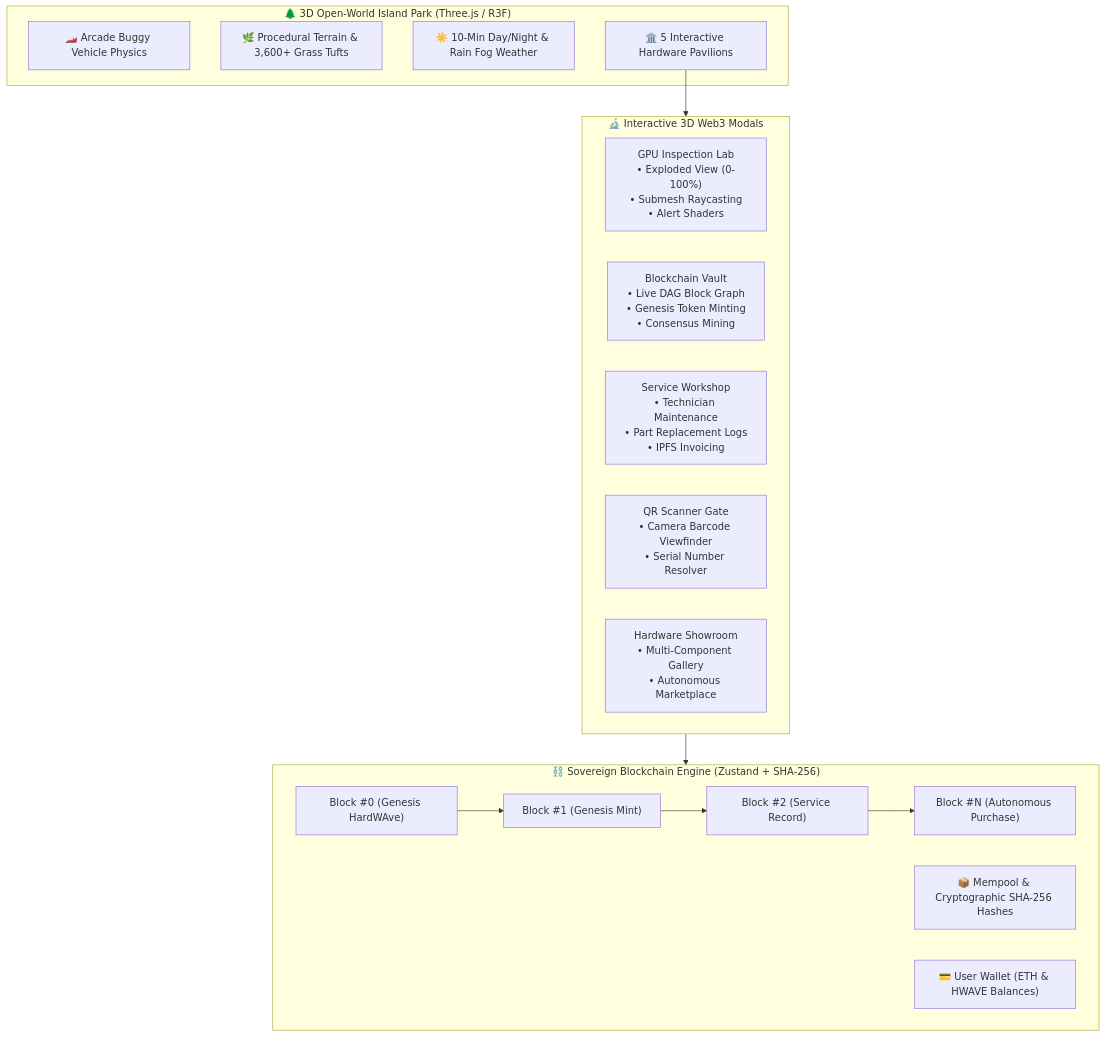
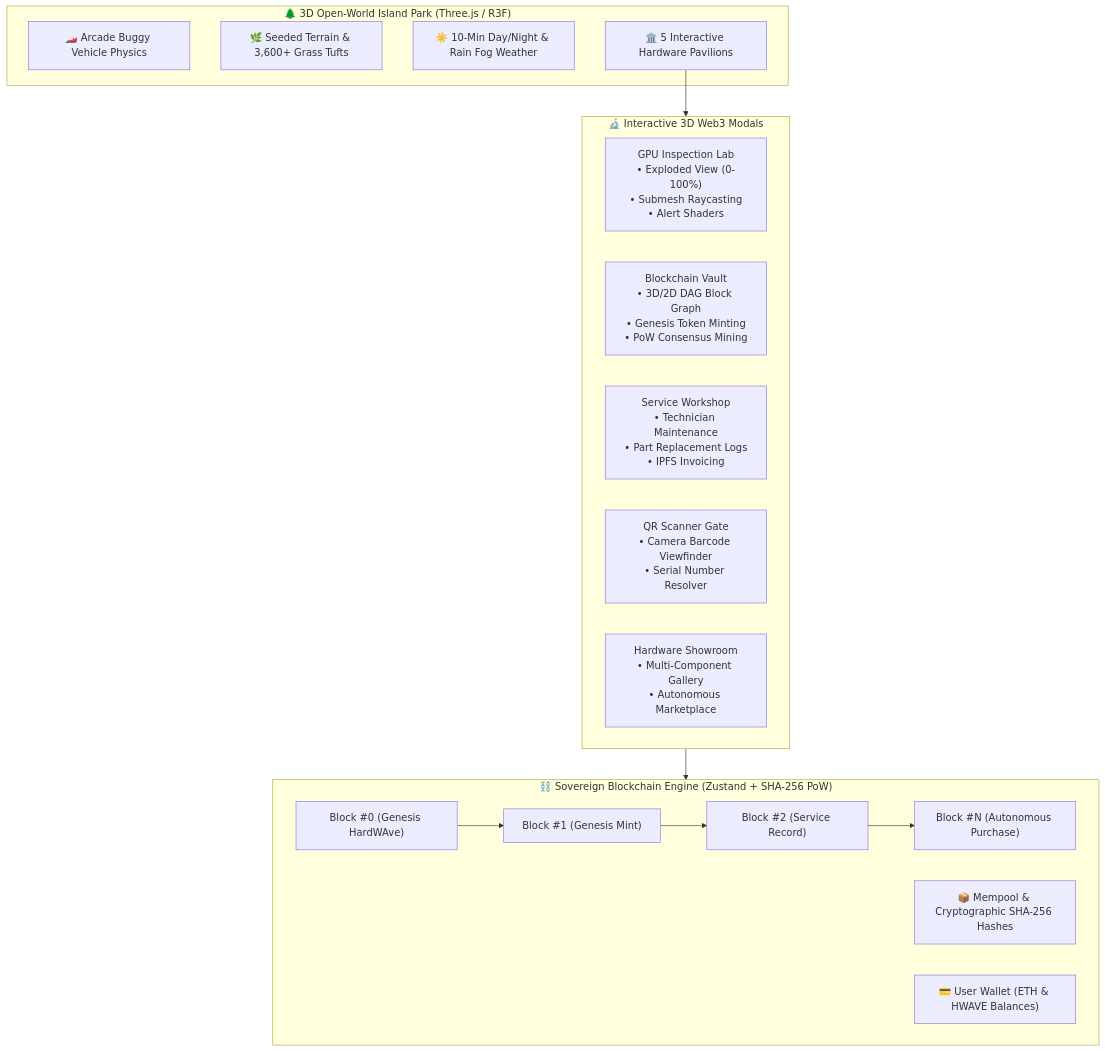
One commit to MrWilsonA/HardWAve changed the diagram in HardWAve.md. Above: the diagram before and after it, drawn with Mermaid. The commit also changed other lines of this file and 37 other files, not shown here.

````diff
--- a/HardWAve.md
+++ b/HardWAve.md
@@ -23,28 +23,28 @@
 ```mermaid
 flowchart TD
     subgraph OpenWorld ["🌲 3D Open-World Island Park (Three.js / R3F)"]
         Buggy["🏎️ Arcade Buggy Vehicle Physics"]
-        Terrain["🌿 Procedural Terrain & 3,600+ Grass Tufts"]
+        Terrain["🌿 Seeded Terrain & 3,600+ Grass Tufts"]
         Sky["☀️ 10-Min Day/Night & Rain Fog Weather"]
         Pavilions["🏛️ 5 Interactive Hardware Pavilions"]
     end
 
     subgraph Modals ["🔬 Interactive 3D Web3 Modals"]
         M1["GPU Inspection Lab\n• Exploded View (0-100%)\n• Submesh Raycasting\n• Alert Shaders"]
-        M2["Blockchain Vault\n• Live DAG Block Graph\n• Genesis Token Minting\n• Consensus Mining"]
+        M2["Blockchain Vault\n• 3D/2D DAG Block Graph\n• Genesis Token Minting\n• PoW Consensus Mining"]
         M3["Service Workshop\n• Technician Maintenance\n• Part Replacement Logs\n• IPFS Invoicing"]
         M4["QR Scanner Gate\n• Camera Barcode Viewfinder\n• Serial Number Resolver"]
         M5["Hardware Showroom\n• Multi-Component Gallery\n• Autonomous Marketplace"]
     end
 
-    subgraph BlockchainEngine ["⛓️ Sovereign Blockchain Engine (Zustand + SHA-256)"]
+    subgraph BlockchainEngine ["⛓️ Sovereign Blockchain Engine (Zustand + SHA-256 PoW)"]
         Block0["Block #0 (Genesis HardWAve)"] --> Block1["Block #1 (Genesis Mint)"]
         Block1 --> Block2["Block #2 (Service Record)"]
         Block2 --> BlockN["Block #N (Autonomous Purchase)"]
         Mempool["📦 Mempool & Cryptographic SHA-256 Hashes"]
         Wallet["💳 User Wallet (ETH & HWAVE Balances)"]
     end
 
     Pavilions --> Modals
     Modals --> BlockchainEngine
 ```
````
